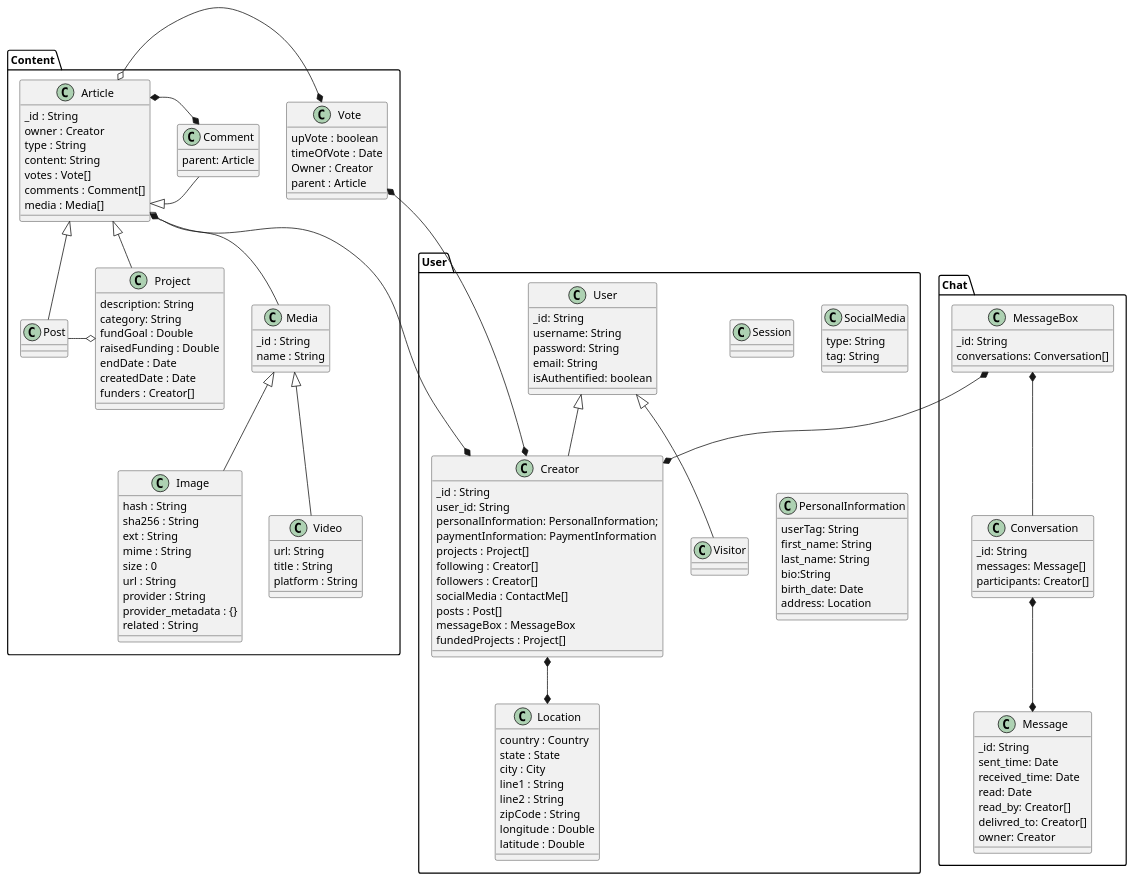
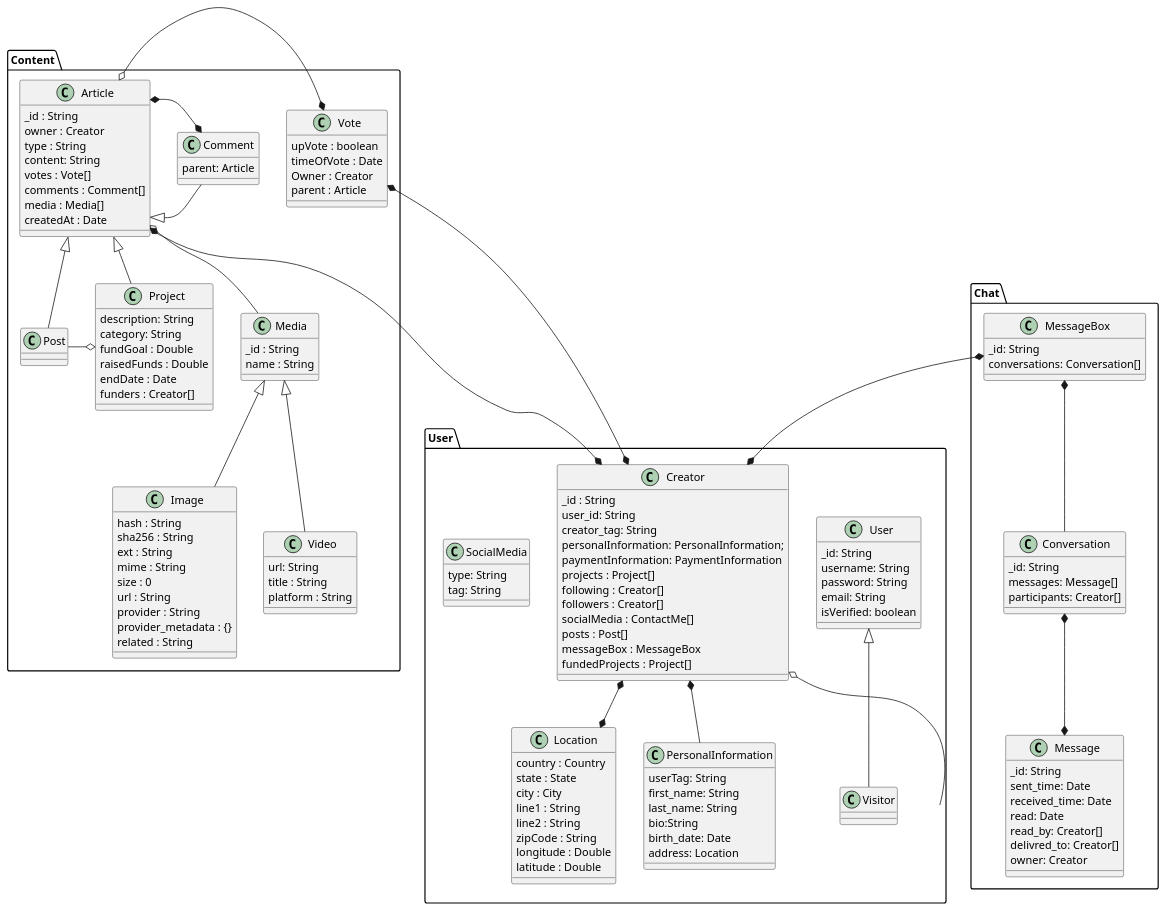
One commit to mlnomadpy/Sahem changed the diagram in Conception/Diagrams/plantUml/Class Diagrams/User.puml. Above: the diagram before and after it, drawn with PlantUML. The commit also changed 14 other files, not shown here.

```diff
--- a/Conception/Diagrams/plantUml/Class Diagrams/User.puml
+++ b/Conception/Diagrams/plantUml/Class Diagrams/User.puml
@@ -1,160 +1,161 @@
 @startuml User
 
 
 package Content{
     class Post extends Article{
     }
     class Vote{
         upVote : boolean
         timeOfVote : Date
         Owner : Creator
         parent : Article
     }
     class Project extends Article{
         description: String
         category: String
         fundGoal : Double
-        raisedFunding : Double
+        raisedFunds : Double
         endDate : Date
-        createdDate : Date
         funders : Creator[]
     }
 
     class Comment extends Article{
         parent: Article
     }
     class Article{
         _id : String
         owner : Creator
         type : String
         content: String
         votes : Vote[]
         comments : Comment[]
         media : Media[]
+        createdAt : Date
+
     }
     class Media{
         _id : String
         name : String
 
 
     }
     class Image extends Media{
         hash : String
         sha256 : String
         ext : String
         mime : String
         size : 0
         url : String
         provider : String
         provider_metadata : {}
         related : String
 
     }
     class Video extends Media{
         url: String
         title : String
         platform : String
     }
     Article o-* Vote
     Article *-right-* Comment
     Project o-left- Post
     Article o-- Media
 
 }
 package Chat {
 
     class MessageBox{
         _id: String
         conversations: Conversation[]
     }
     class Conversation{
         _id: String
         messages: Message[]
         participants: Creator[]
     }
     class Message{
         _id: String
         sent_time: Date
         received_time: Date
         read: Date
         read_by: Creator[]
         delivred_to: Creator[]
         owner: Creator
     }
 
 
 }
 
 package User{
 
     class User {
         _id: String
         username: String
         password: String
         email: String
-        isAuthentified: boolean
+        isVerified: boolean
     }
 
-    class Session{
-        ' _id: String
-        ' address_ip: String
-        ' visiting_time: Date
-        ' leaving_time: Date
-    }
+    
 
-    class Creator extends User{
+    class Creator{
         _id : String
         user_id: String
+        creator_tag: String
         personalInformation: PersonalInformation;
         paymentInformation: PaymentInformation
         projects : Project[]
         following : Creator[]
         followers : Creator[]
         socialMedia : ContactMe[]
         posts : Post[]
         messageBox : MessageBox
         fundedProjects : Project[]
+    }
 
-    }
     class Visitor extends User{
 
     }
+
     class Location{
         country : Country
         state : State
         city : City
         line1 : String
         line2 : String
         zipCode : String
         longitude : Double
         latitude : Double
     }
+
     class SocialMedia{
         type: String
         tag: String
     }
+
     class PersonalInformation{
         userTag: String
         first_name: String
         last_name: String
         bio:String
         birth_date: Date
         address: Location
 
     }
 }
 
 
 
 MessageBox  *--*  Creator
 
 Article  *--*  Creator
 
 Creator *--* Location
+Creator *-- PersonalInformation
 Vote  *---*  Creator
-
+Creator o-- User
 MessageBox  *-down-  Conversation
 Message  *-up-*  Conversation
 
 
 @enduml
```
